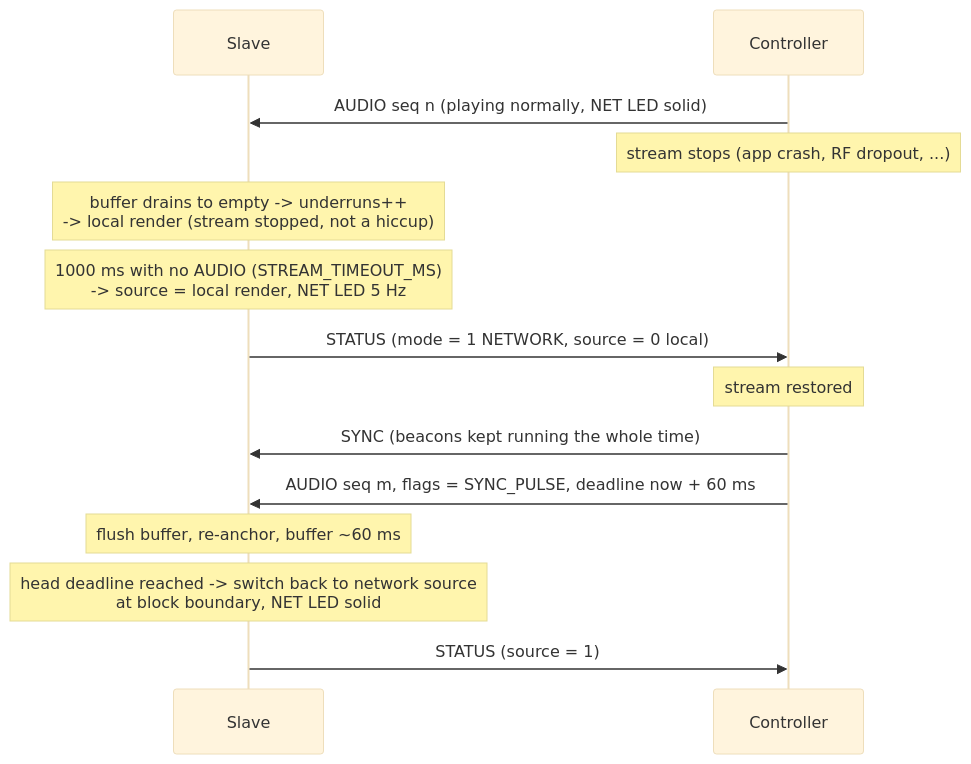
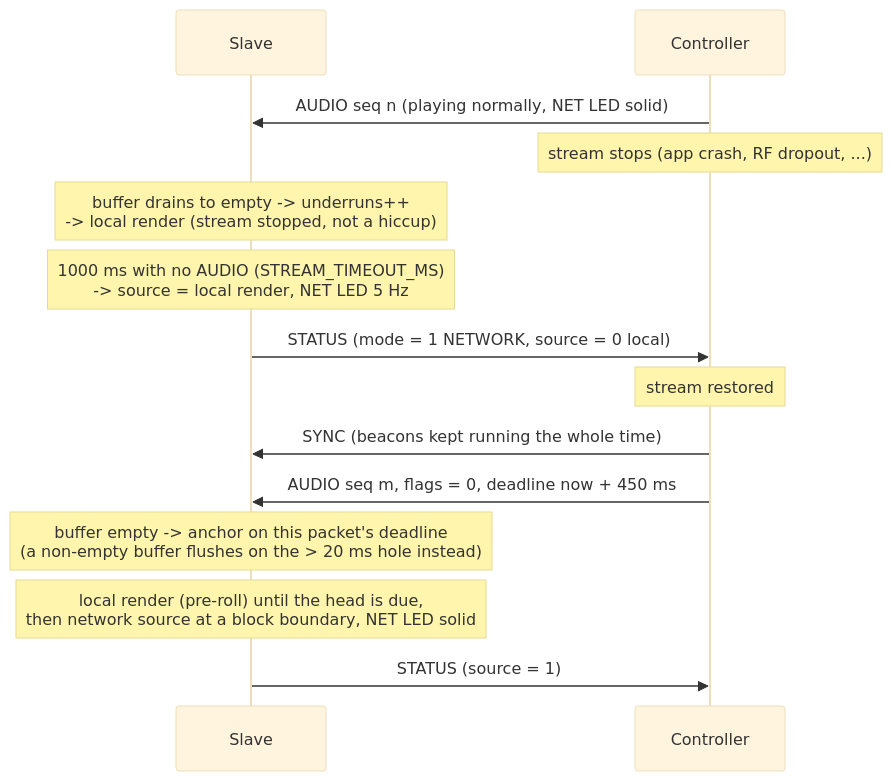
Before and after one commit to finnff/hyper-osci: the second of 3 diagrams in docs/protocol.md, drawn with Mermaid (base theme). The commit also changed other lines of this file and 18 other files, not shown here.

````diff
--- a/docs/protocol.md
+++ b/docs/protocol.md
@@ -413,17 +431,17 @@
 ```mermaid
 sequenceDiagram
     participant S as Slave
     participant C as Controller
 
     C->>S: AUDIO seq n (playing normally, NET LED solid)
     Note over C: stream stops (app crash, RF dropout, ...)
     Note over S: buffer drains to empty -> underruns++<br/>-> local render (stream stopped, not a hiccup)
     Note over S: 1000 ms with no AUDIO (STREAM_TIMEOUT_MS)<br/>-> source = local render, NET LED 5 Hz
     S->>C: STATUS (mode = 1 NETWORK, source = 0 local)
     Note over C: stream restored
     C->>S: SYNC (beacons kept running the whole time)
-    C->>S: AUDIO seq m, flags = SYNC_PULSE, deadline now + 60 ms
-    Note over S: flush buffer, re-anchor, buffer ~60 ms
-    Note over S: head deadline reached -> switch back to network source<br/>at block boundary, NET LED solid
+    C->>S: AUDIO seq m, flags = 0, deadline now + 450 ms
+    Note over S: buffer empty -> anchor on this packet's deadline<br/>(a non-empty buffer flushes on the > 20 ms hole instead)
+    Note over S: local render (pre-roll) until the head is due,<br/>then network source at a block boundary, NET LED solid
     S->>C: STATUS (source = 1)
 ```
````
